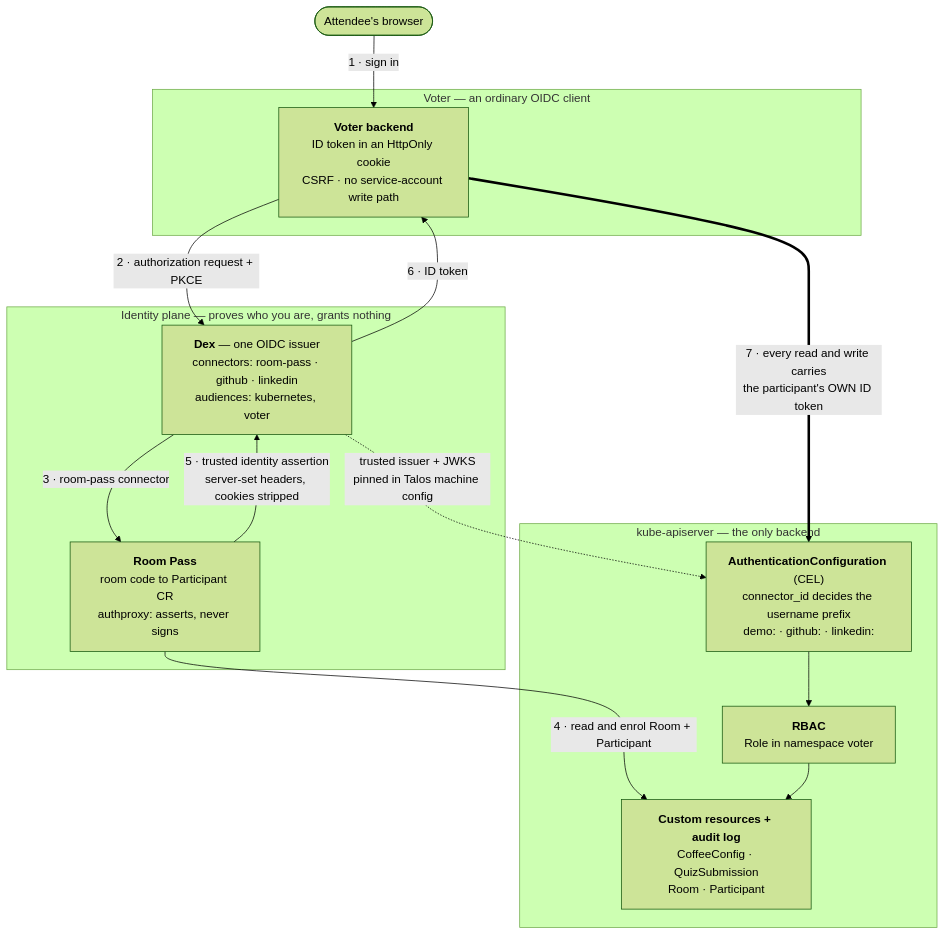
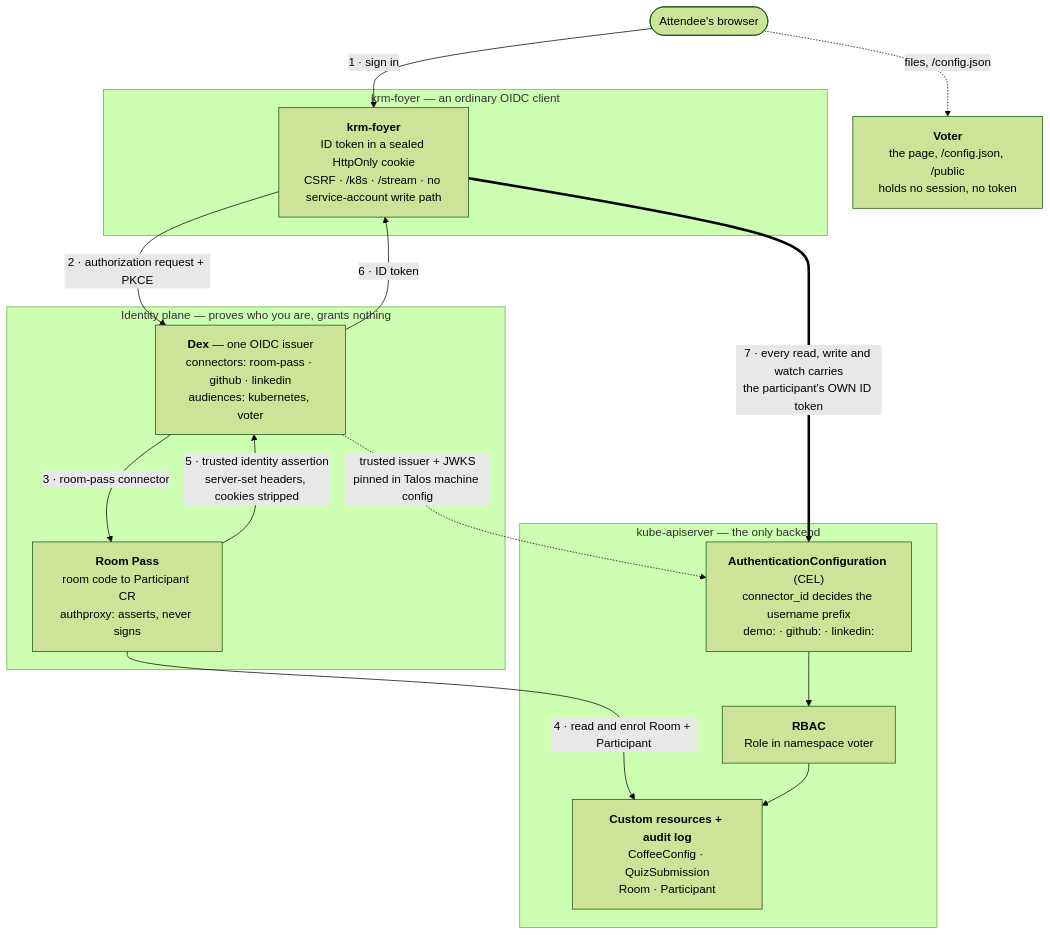
Before and after one commit to sunib/voter: the first of 4 diagrams in docs/presentation-diagrams.md, drawn with Mermaid (forest theme). The commit also changed other lines of this file and 23 other files, not shown here.

First line of the commit message:
docs: the system as it runs after the krm-foyer cutover (#29)

````diff
--- a/docs/presentation-diagrams.md
+++ b/docs/presentation-diagrams.md
@@ -26,30 +27,33 @@
 ```mermaid
 flowchart TB
     B(["Attendee's browser"])
 
     subgraph IDP["Identity plane — proves who you are, grants nothing"]
         RP["<b>Room Pass</b><br/>room code to Participant CR<br/>authproxy: asserts, never signs"]
         DEX["<b>Dex</b> — one OIDC issuer<br/>connectors: room-pass · github · linkedin<br/>audiences: kubernetes, voter"]
     end
 
-    subgraph APP["Voter — an ordinary OIDC client"]
-        VB["<b>Voter backend</b><br/>ID token in an HttpOnly cookie<br/>CSRF · no service-account write path"]
+    subgraph BFF["krm-foyer — an ordinary OIDC client"]
+        FY["<b>krm-foyer</b><br/>ID token in a sealed HttpOnly cookie<br/>CSRF · /k8s · /stream · no service-account write path"]
     end
+
+    V["<b>Voter</b><br/>the page, /config.json, /public<br/>holds no session, no token"]
 
     subgraph KUBE["kube-apiserver — the only backend"]
         AZ["<b>AuthenticationConfiguration</b> (CEL)<br/>connector_id decides the username prefix<br/>demo: · github: · linkedin:"]
         RB["<b>RBAC</b><br/>Role in namespace voter"]
         ST["<b>Custom resources + audit log</b><br/>CoffeeConfig · QuizSubmission<br/>Room · Participant"]
     end
 
-    B -->|"1 · sign in"| VB
-    VB -->|"2 · authorization request + PKCE"| DEX
+    B -->|"1 · sign in"| FY
+    B -.->|"files, /config.json"| V
+    FY -->|"2 · authorization request + PKCE"| DEX
     DEX -->|"3 · room-pass connector"| RP
     RP -->|"4 · read and enrol Room + Participant"| ST
     RP -->|"5 · trusted identity assertion<br/>server-set headers, cookies stripped"| DEX
-    DEX -->|"6 · ID token"| VB
-    VB ==>|"7 · every read and write carries<br/>the participant's OWN ID token"| AZ
+    DEX -->|"6 · ID token"| FY
+    FY ==>|"7 · every read, write and watch carries<br/>the participant's OWN ID token"| AZ
     AZ --> RB
     RB --> ST
     DEX -.->|"trusted issuer + JWKS<br/>pinned in Talos machine config"| AZ
 ```
````
